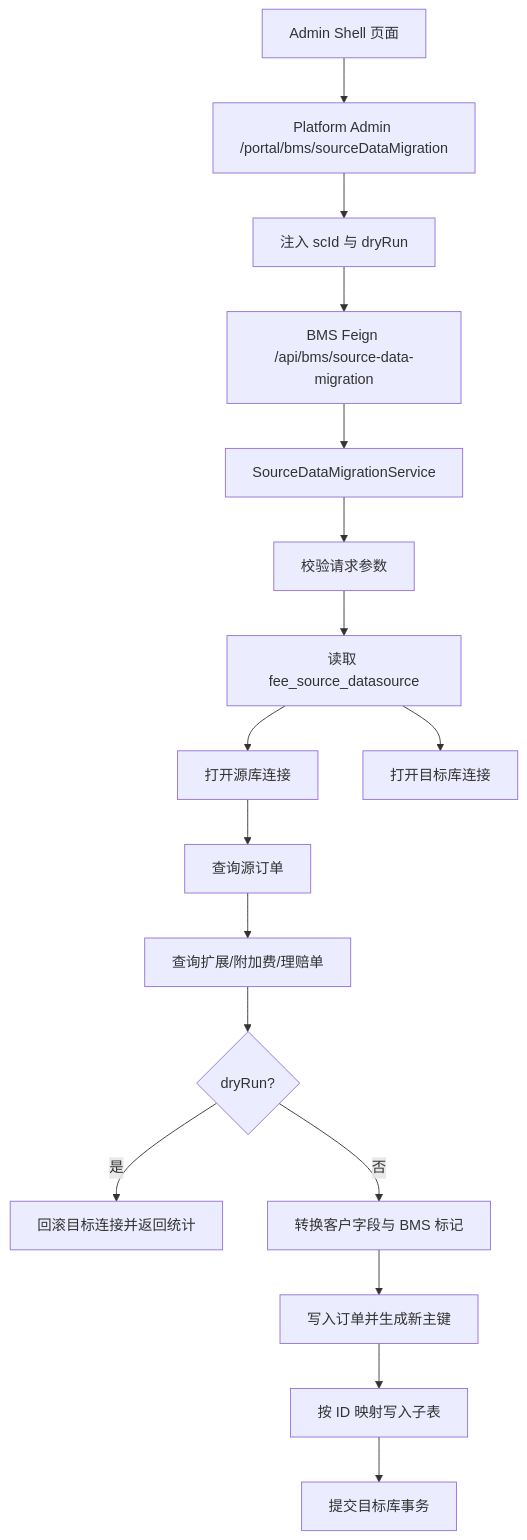
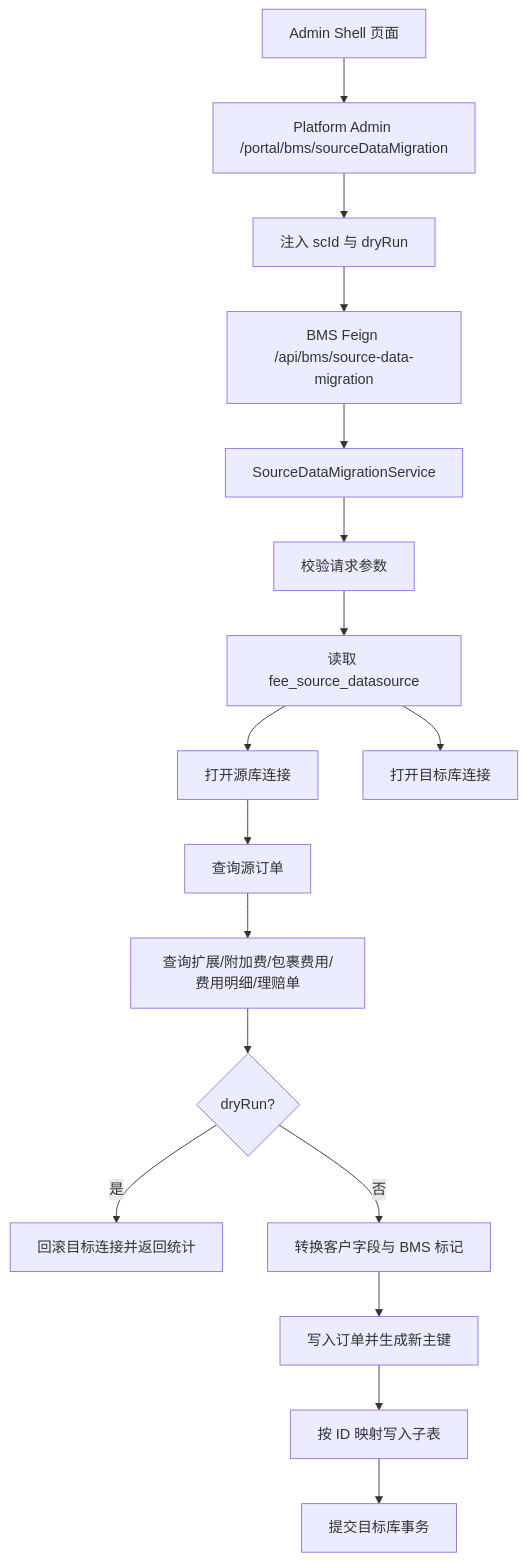
The diagram in product-caliber/bms/prd/reference/bms-source-data-migration-design.md (jack888332/projects-doc), drawn with Mermaid before and after one commit. The commit also changed other lines of this file and 5 other files, not shown here.

````diff
--- a/product-caliber/bms/prd/reference/bms-source-data-migration-design.md
+++ b/product-caliber/bms/prd/reference/bms-source-data-migration-design.md
@@ -232,19 +243,19 @@
 ```mermaid
 flowchart TD
     A["Admin Shell 页面"] --> B["Platform Admin /portal/bms/sourceDataMigration"]
     B --> C["注入 scId 与 dryRun"]
     C --> D["BMS Feign /api/bms/source-data-migration"]
     D --> E["SourceDataMigrationService"]
     E --> F["校验请求参数"]
     F --> G["读取 fee_source_datasource"]
     G --> H["打开源库连接"]
     G --> I["打开目标库连接"]
     H --> J["查询源订单"]
-    J --> K["查询扩展/附加费/理赔单"]
+    J --> K["查询扩展/附加费/包裹费用/费用明细/理赔单"]
     K --> L{"dryRun?"}
     L -- "是" --> M["回滚目标连接并返回统计"]
     L -- "否" --> N["转换客户字段与 BMS 标记"]
     N --> O["写入订单并生成新主键"]
     O --> P["按 ID 映射写入子表"]
     P --> Q["提交目标库事务"]
 ```
````
